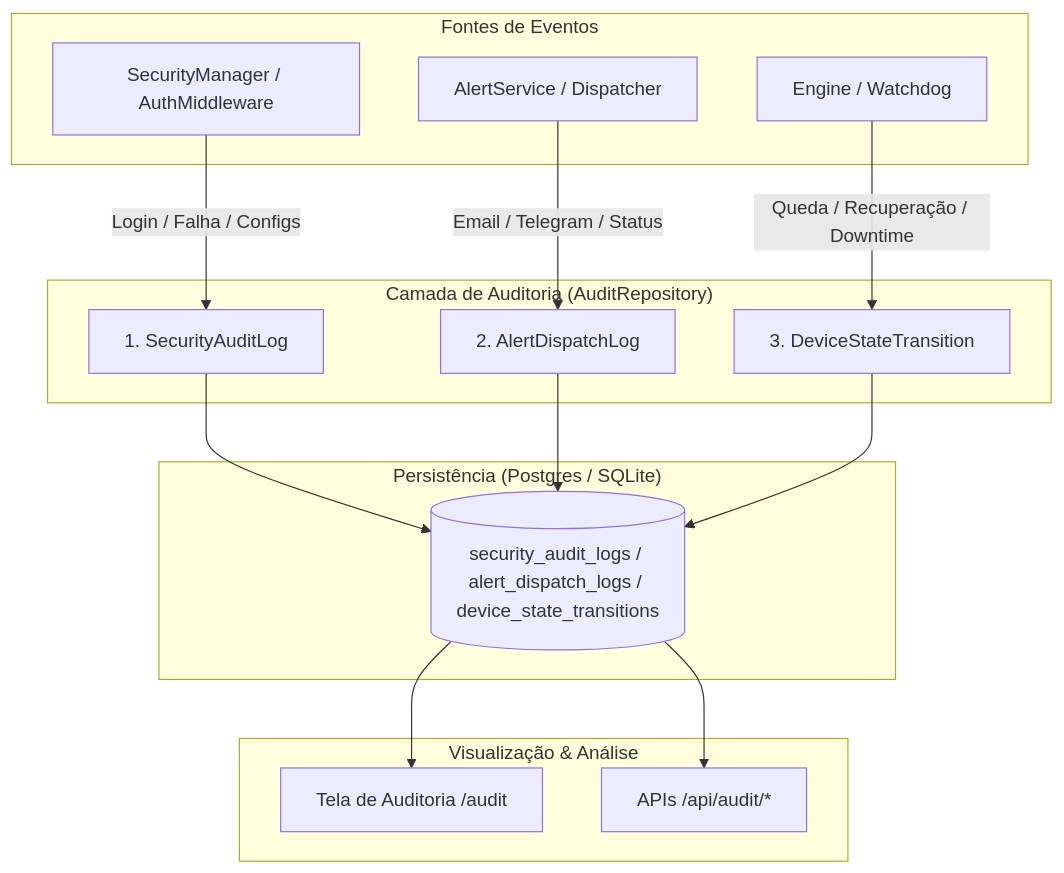
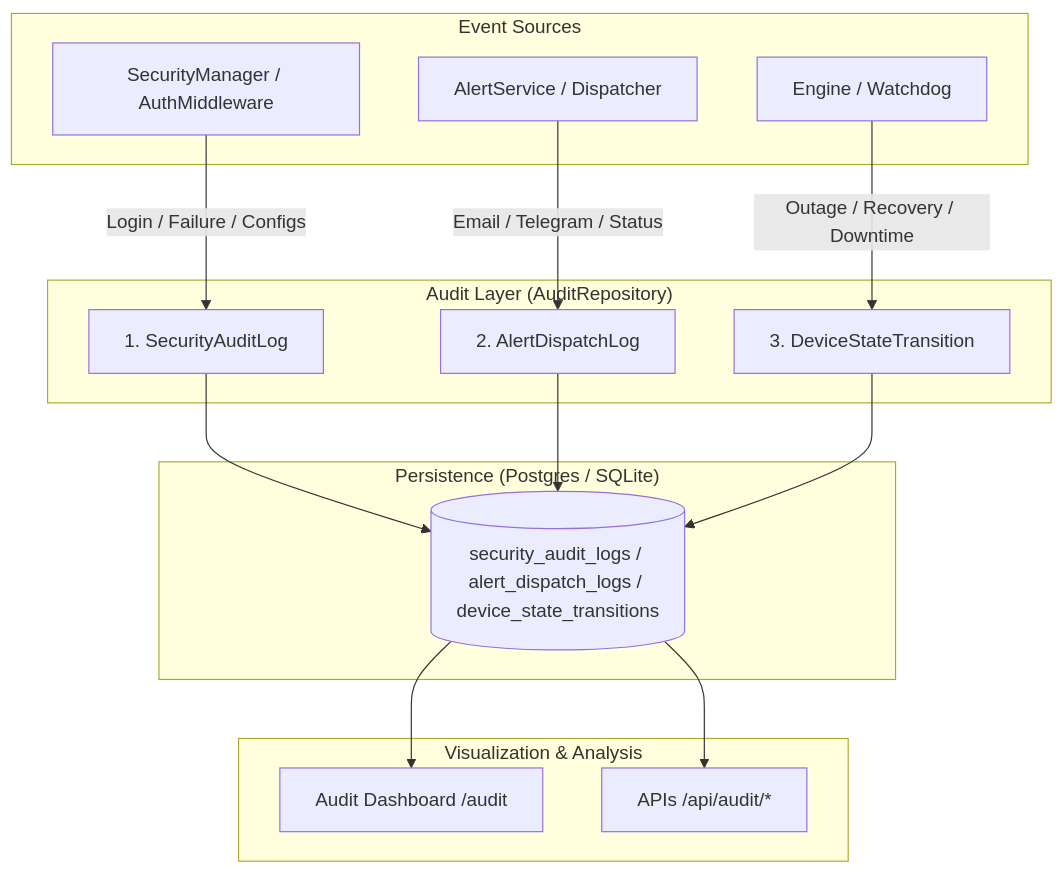
Before and after one commit to Noxfort-Systems-Brazil/Monitor: the diagram in docs/AUDIT_TRAIL.md, drawn with Mermaid. The commit also changed other lines of this file and 13 other files, not shown here.

````diff
--- a/docs/AUDIT_TRAIL.md
+++ b/docs/AUDIT_TRAIL.md
@@ -15,34 +15,34 @@
 ```mermaid
 graph TD
-    subgraph "Fontes de Eventos"
+    subgraph "Event Sources"
         Auth[SecurityManager / AuthMiddleware]
         Alerts[AlertService / Dispatcher]
         Watchdog[Engine / Watchdog]
     end
 
-    subgraph "Camada de Auditoria (AuditRepository)"
+    subgraph "Audit Layer (AuditRepository)"
         SecLog[1. SecurityAuditLog]
         AlertLog[2. AlertDispatchLog]
         TransLog[3. DeviceStateTransition]
     end
 
-    subgraph "Persistência (Postgres / SQLite)"
+    subgraph "Persistence (Postgres / SQLite)"
         DB[(security_audit_logs / alert_dispatch_logs / device_state_transitions)]
     end
 
-    subgraph "Visualização & Análise"
-        UIWeb[Tela de Auditoria /audit]
+    subgraph "Visualization & Analysis"
+        UIWeb[Audit Dashboard /audit]
         APIEndpoints[APIs /api/audit/*]
     end
 
-    Auth -->|Login / Falha / Configs| SecLog
+    Auth -->|Login / Failure / Configs| SecLog
     Alerts -->|Email / Telegram / Status| AlertLog
-    Watchdog -->|Queda / Recuperação / Downtime| TransLog
+    Watchdog -->|Outage / Recovery / Downtime| TransLog
 
     SecLog --> DB
     AlertLog --> DB
     TransLog --> DB
 
     DB --> UIWeb
     DB --> APIEndpoints
 ```
````
